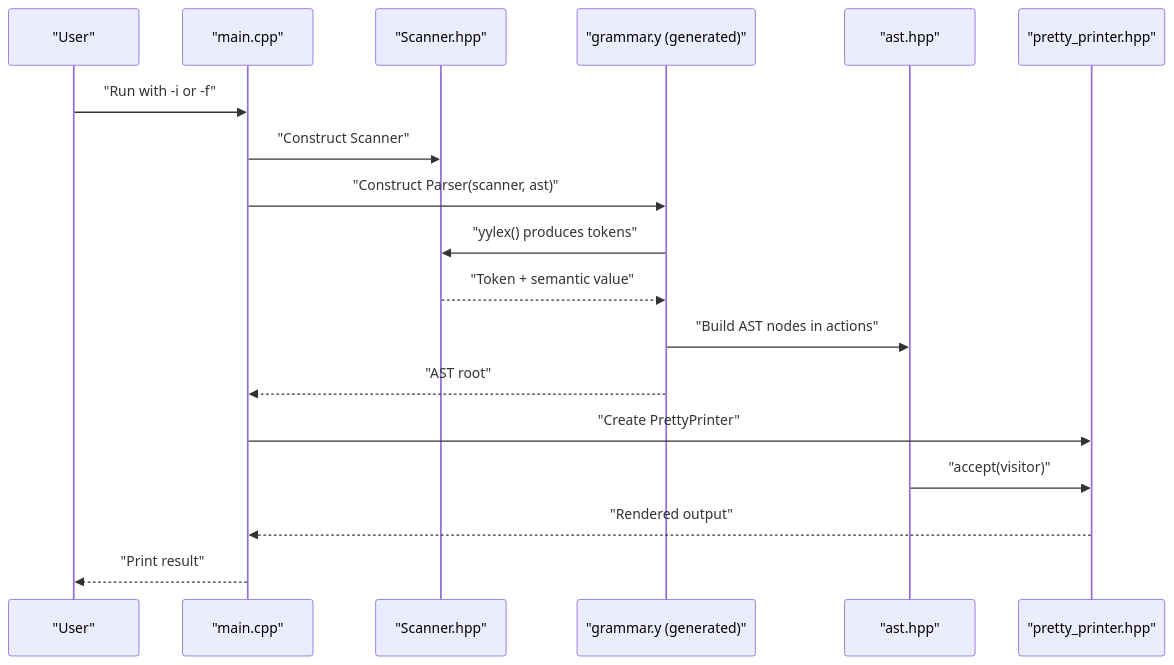
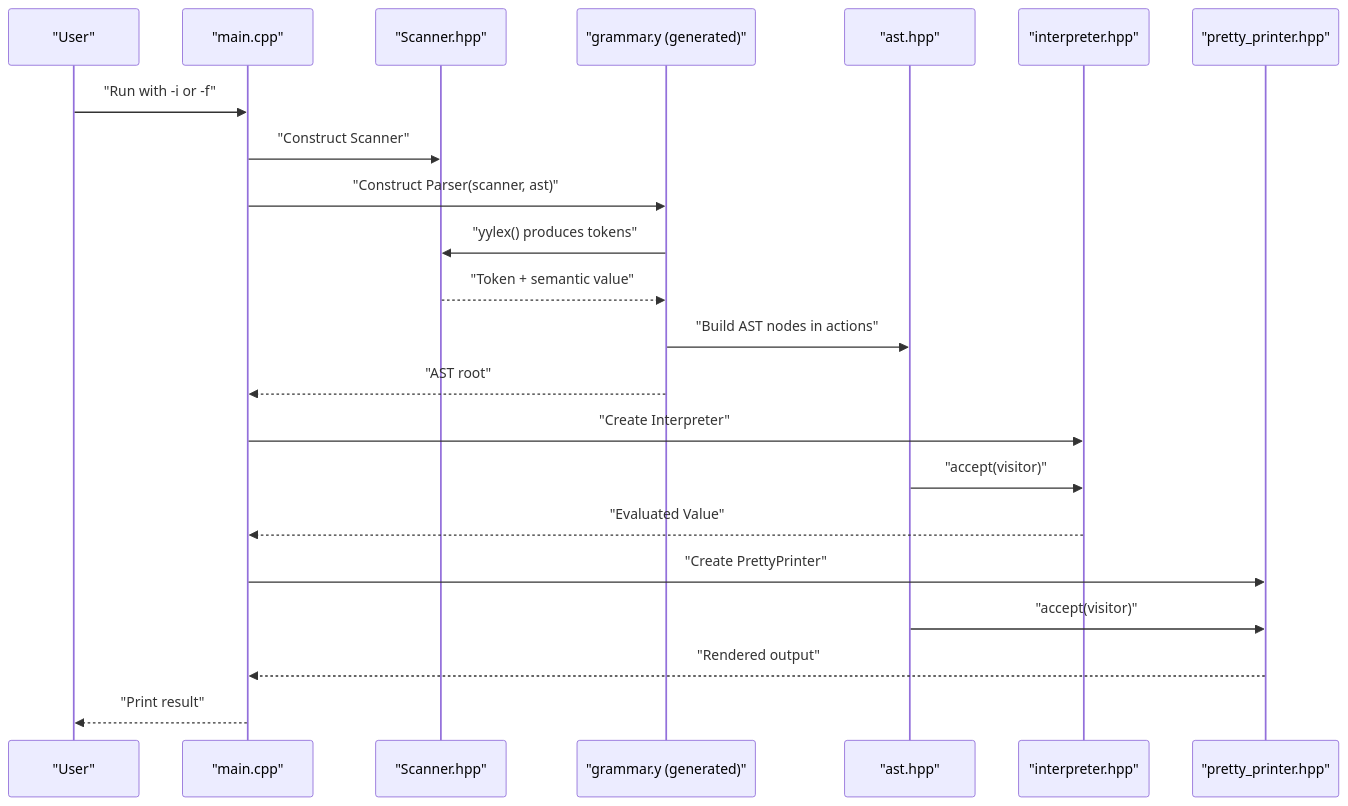
One commit to littlebirds/modern_bision changed the second of 3 diagrams in .qoder/repowiki/en/content/Development Guide.md. Above: the diagram before and after it, drawn with Mermaid. The commit also changed other lines of this file and 5 other files, not shown here.

````diff
--- a/.qoder/repowiki/en/content/Development Guide.md
+++ b/.qoder/repowiki/en/content/Development Guide.md
@@ -133,20 +142,24 @@
 ```mermaid
 sequenceDiagram
 participant User as "User"
 participant Main as "main.cpp"
 participant Scanner as "Scanner.hpp"
 participant Parser as "grammar.y (generated)"
 participant AST as "ast.hpp"
+participant Interpreter as "interpreter.hpp"
 participant Printer as "pretty_printer.hpp"
 User->>Main : "Run with -i or -f"
 Main->>Scanner : "Construct Scanner"
 Main->>Parser : "Construct Parser(scanner, ast)"
 Parser->>Scanner : "yylex() produces tokens"
 Scanner-->>Parser : "Token + semantic value"
 Parser->>AST : "Build AST nodes in actions"
 Parser-->>Main : "AST root"
+Main->>Interpreter : "Create Interpreter"
+AST->>Interpreter : "accept(visitor)"
+Interpreter-->>Main : "Evaluated Value"
 Main->>Printer : "Create PrettyPrinter"
 AST->>Printer : "accept(visitor)"
 Printer-->>Main : "Rendered output"
 Main-->>User : "Print result"
 ```
````
